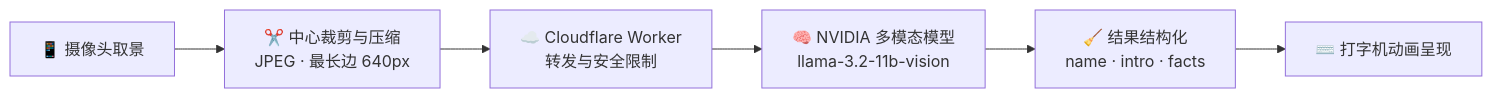
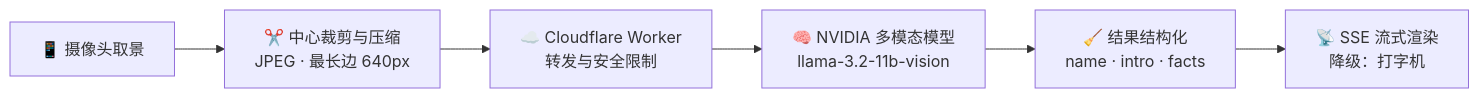
Before and after one commit to Mocas-12/aura-vision: the diagram in README.zh-CN.md, drawn with Mermaid. The commit also changed other lines of this file and 1 other file, not shown here.

Commit message:
docs: README 同步流式识别现状——SSE 逐 token 渲染为主、打字机为降级；JPEG 质量改 0.5；补 Worker 侧硬上限与 ALLOWED_ORIGINS/NVIDIA_VISION_MODEL 双端支持（中英双语）

````diff
--- a/README.zh-CN.md
+++ b/README.zh-CN.md
@@ -62,8 +62,8 @@
 ```mermaid
 flowchart LR
     A[📱 摄像头取景] --> B[✂️ 中心裁剪与压缩<br/>JPEG · 最长边 640px]
     B --> C[☁️ Cloudflare Worker<br/>转发与安全限制]
     C --> D[🧠 NVIDIA 多模态模型<br/>llama-3.2-11b-vision]
     D --> E[🧹 结果结构化<br/>name · intro · facts]
-    E --> F[⌨️ 打字机动画呈现]
+    E --> F[📡 SSE 流式渲染<br/>降级：打字机]
 ```
````
